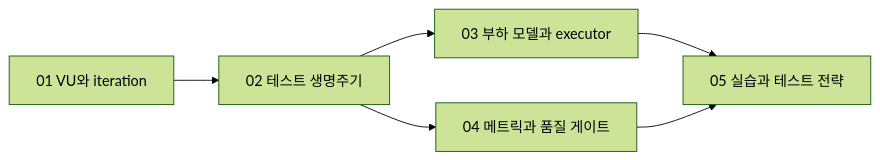
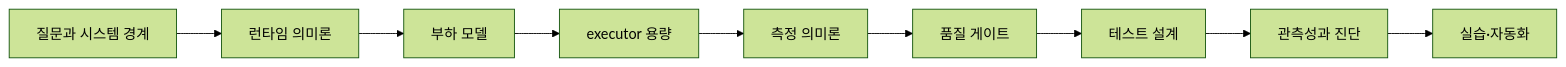
One commit to NtoZero/develop-study changed the diagram in docs/research/infra/k6/index.md. Above: the diagram before and after it, drawn with Mermaid (forest theme). The commit also changed other lines of this file and 51 other files, not shown here.

````diff
--- a/docs/research/infra/k6/index.md
+++ b/docs/research/infra/k6/index.md
@@ -32,8 +48,11 @@
 ```mermaid
 flowchart LR
-    A["01 VU와 iteration"] --> B["02 테스트 생명주기"]
-    B --> C["03 부하 모델과 executor"]
-    B --> D["04 메트릭과 품질 게이트"]
-    C --> E["05 실습과 테스트 전략"]
-    D --> E
+    A["질문과 시스템 경계"] --> B["런타임 의미론"]
+    B --> C["부하 모델"]
+    C --> D["executor 용량"]
+    D --> E["측정 의미론"]
+    E --> F["품질 게이트"]
+    F --> G["테스트 설계"]
+    G --> H["관측성과 진단"]
+    H --> I["실습·자동화"]
 ```
````
